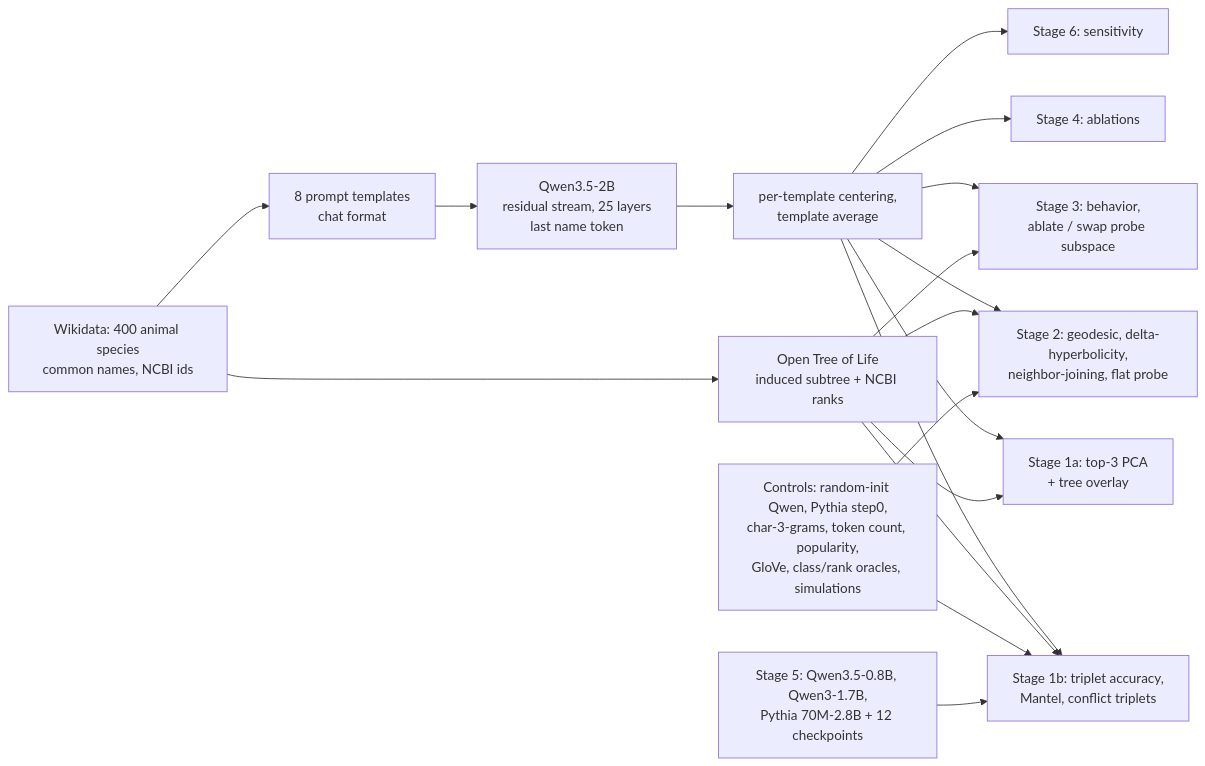
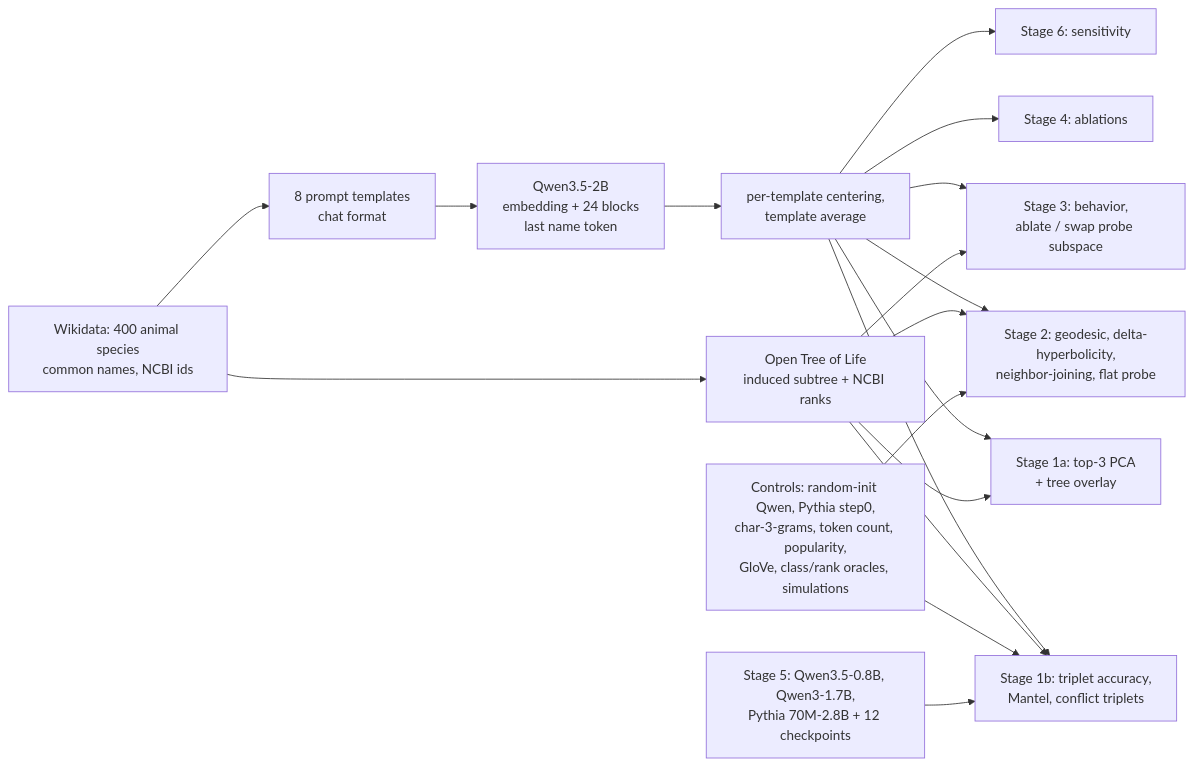
Before and after one commit to BurnyCoder/phylogenetic-geometry-of-tree-of-life-in-llms-mechanistic-interpretability: the diagram in README.md, drawn with Mermaid. The commit also changed other lines of this file and 59 other files, not shown here.

````diff
--- a/README.md
+++ b/README.md
@@ -153,16 +91,16 @@
 ```mermaid
 flowchart LR
   A[Wikidata: 400 animal species<br/>common names, NCBI ids] --> B[Open Tree of Life<br/>induced subtree + NCBI ranks]
   A --> C[8 prompt templates<br/>chat format]
-  C --> D[Qwen3.5-2B<br/>residual stream, 25 layers<br/>last name token]
+  C --> D[Qwen3.5-2B<br/>embedding + 24 blocks<br/>last name token]
   D --> E[per-template centering,<br/>template average]
   E --> F1[Stage 1a: top-3 PCA<br/>+ tree overlay]
   E --> F2[Stage 1b: triplet accuracy,<br/>Mantel, conflict triplets]
   E --> F3[Stage 2: geodesic, delta-hyperbolicity,<br/>neighbor-joining, flat probe]
   E --> F4[Stage 3: behavior,<br/>ablate / swap probe subspace]
   E --> F5[Stage 4: ablations]
   E --> F6[Stage 6: sensitivity]
   B --> F1 & F2 & F3 & F4
   G[Controls: random-init Qwen, Pythia step0,<br/>char-3-grams, token count, popularity,<br/>GloVe, class/rank oracles, simulations] --> F2 & F3
   H[Stage 5: Qwen3.5-0.8B, Qwen3-1.7B,<br/>Pythia 70M-2.8B + 12 checkpoints] --> F2
 ```
````
